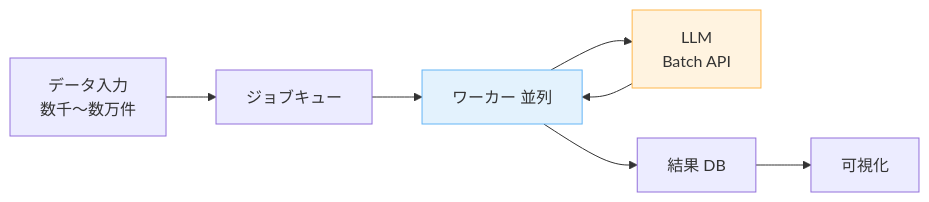
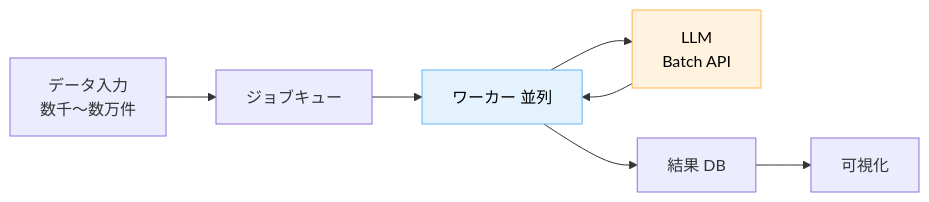
One commit to dinekt/dinekt-wiki changed the sixth of 7 diagrams in docs/concepts/llm-アプリの-5-つの典型アーキテクチャパターン.md. Above: the diagram before and after it, drawn with Mermaid. The commit also changed other lines of this file and 71 other files, not shown here.

First line of the commit message:
fix: mermaid readability + remove GitHub repo toolbar

````diff
--- a/docs/concepts/llm-アプリの-5-つの典型アーキテクチャパターン.md
+++ b/docs/concepts/llm-アプリの-5-つの典型アーキテクチャパターン.md
@@ -136,12 +136,12 @@
 ```mermaid
 flowchart LR
     D[データ入力<br/>数千〜数万件] --> Q[ジョブキュー]
     Q --> W[ワーカー 並列]
     W --> L[LLM<br/>Batch API]
     L --> W
     W --> R[結果 DB]
     R --> V[可視化]
 
-    style L fill:#fff3e0,stroke:#ffb74d
-    style W fill:#e3f2fd,stroke:#64b5f6
+    style L fill:#fff3e0,stroke:#ffb74d,color:#000
+    style W fill:#e3f2fd,stroke:#64b5f6,color:#000
 ```
````
